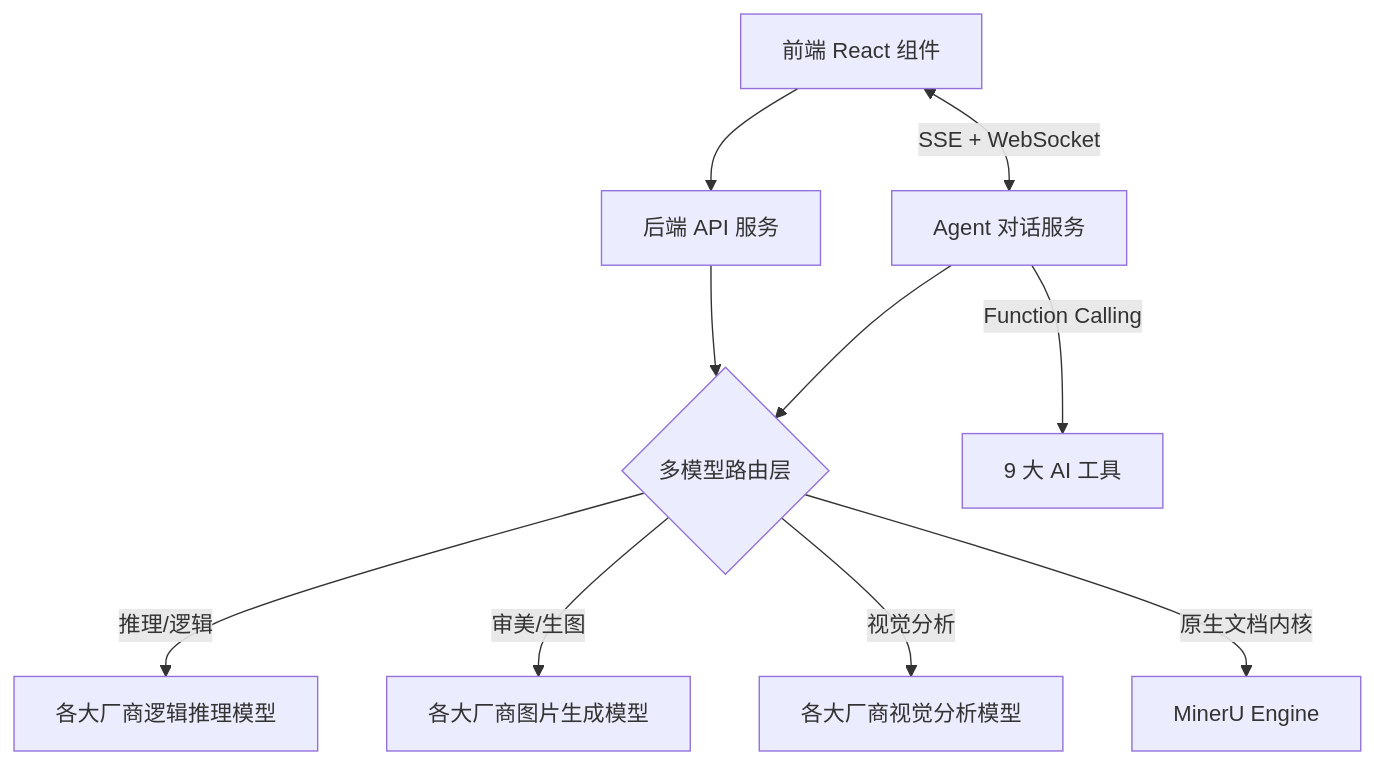
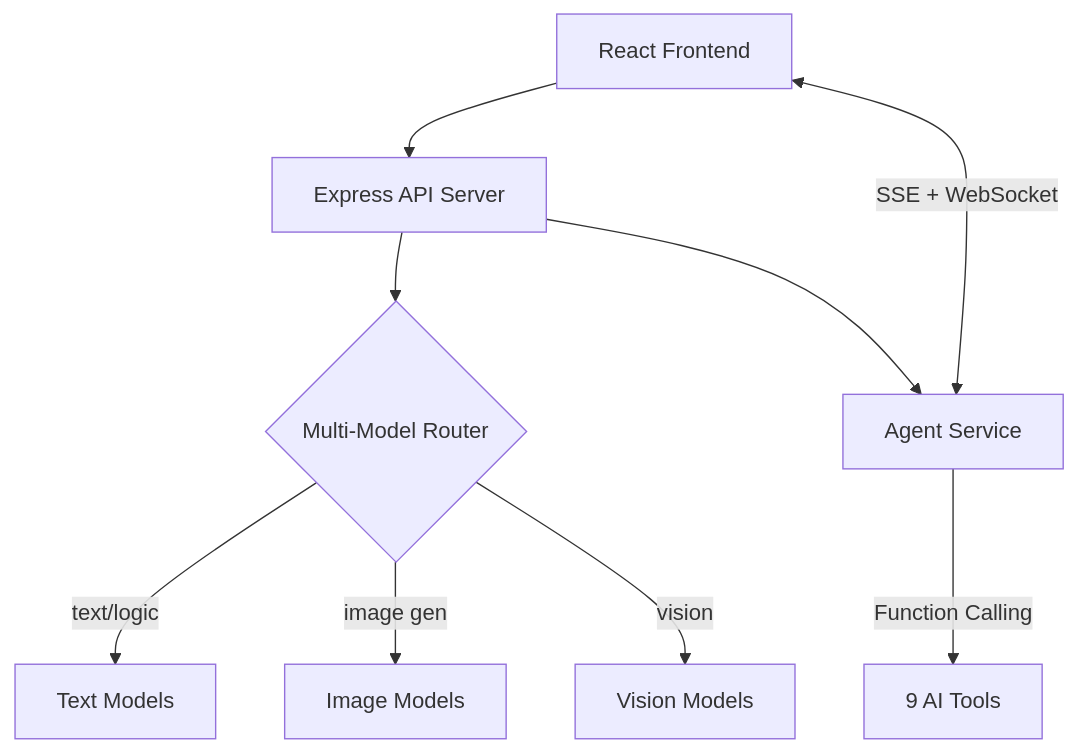
One commit to 466852675/BananaSlides-GenAI changed the diagram in README.md. Above: the diagram before and after it, drawn with Mermaid. The commit also changed other lines of this file and 1 other file, not shown here.

````diff
--- a/README.md
+++ b/README.md
@@ -401,12 +195,11 @@
 ```mermaid
 graph TD
-    UI[前端 React 组件] --> Service[后端 API 服务]
-    Service --> Router{多模型路由层}
-    Router -- 推理/逻辑 --> Logic[各大厂商逻辑推理模型]
-    Router -- 审美/生图 --> Image[各大厂商图片生成模型]
-    Router -- 视觉分析 --> Vision[各大厂商视觉分析模型]
-    Router -- 原生文档内核 --> MinerU[MinerU Engine]
-    UI <-->|SSE + WebSocket| AgentSvc[Agent 对话服务]
-    AgentSvc --> Router
-    AgentSvc -->|Function Calling| Tools[9 大 AI 工具]
+    UI[React Frontend] --> API[Express API Server]
+    API --> Router{Multi-Model Router}
+    Router -- text/logic --> Text[Text Models]
+    Router -- image gen --> Image[Image Models]
+    Router -- vision --> Vision[Vision Models]
+    API --> Agent[Agent Service]
+    Agent -->|Function Calling| Tools[9 AI Tools]
+    UI <-->|SSE + WebSocket| Agent
 ```
````
